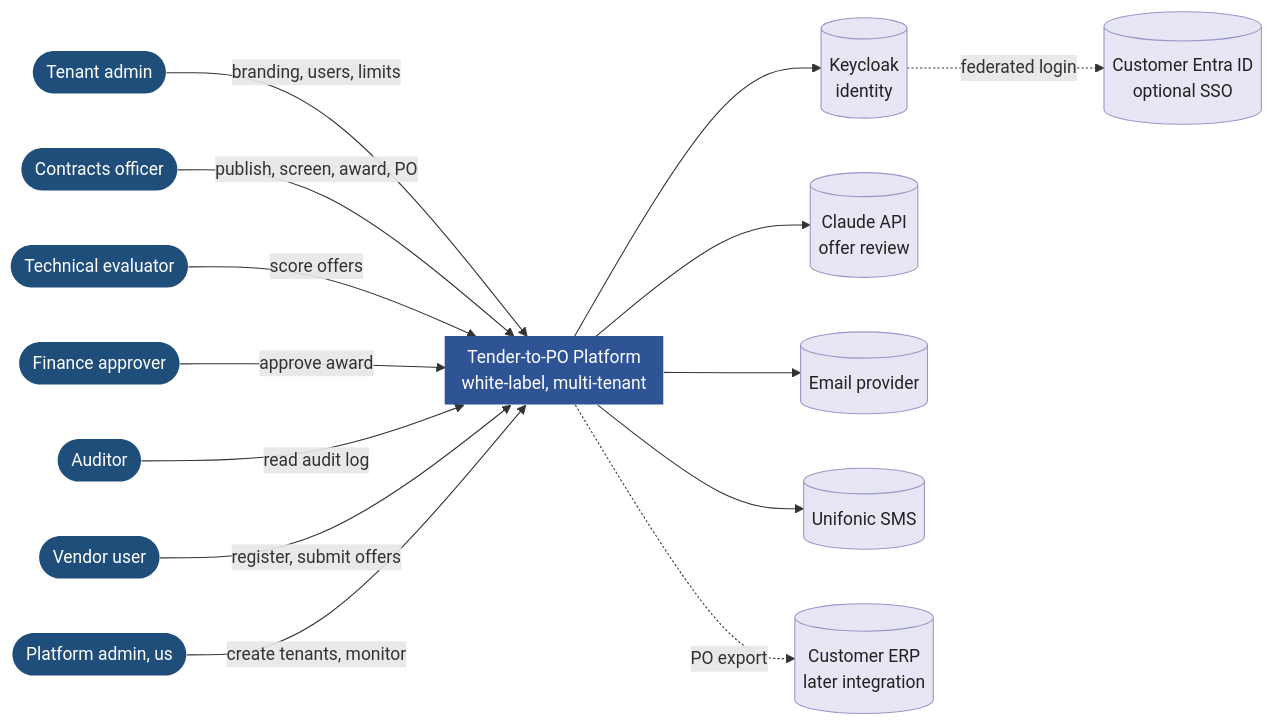
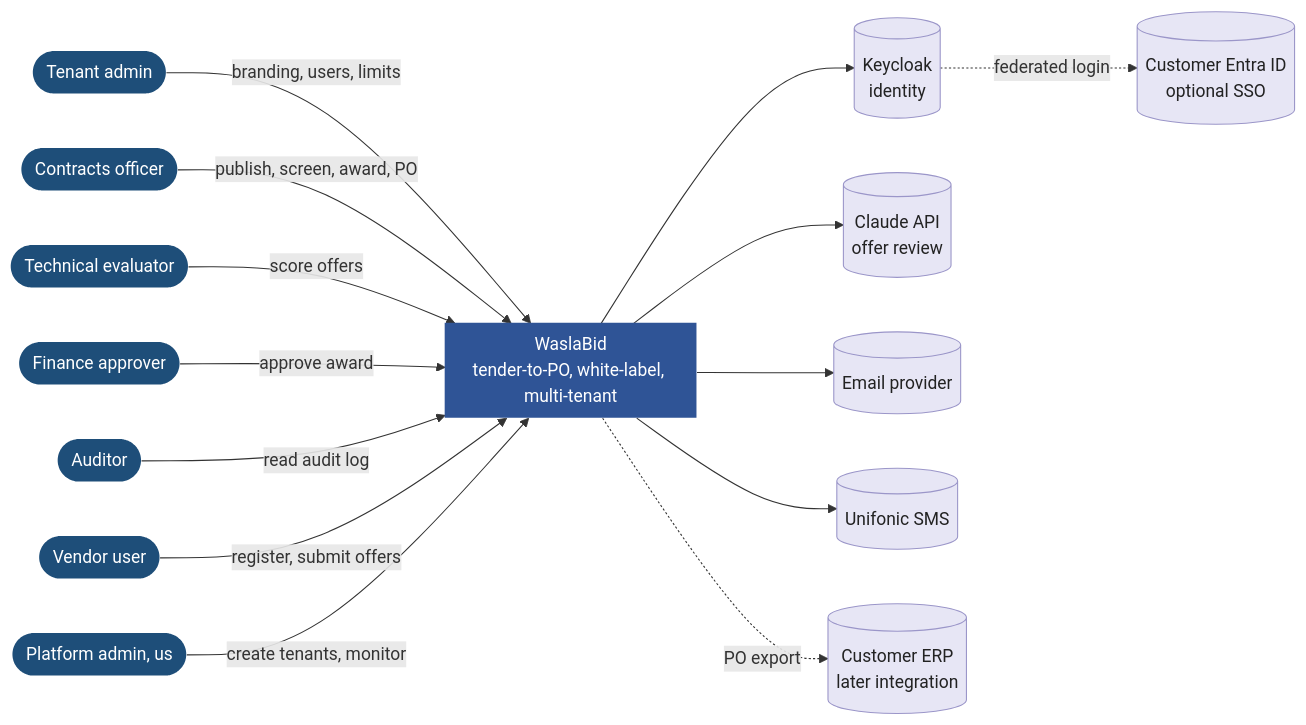
The first of 13 diagrams in docs/03-diagrams.md (AhmedAssaf/ERP), drawn with Mermaid before and after one commit. The commit also changed other lines of this file and 7 other files, not shown here.

First line of the commit message:
Name the product WaslaBid (وصلة بد)

````diff
--- a/docs/03-diagrams.md
+++ b/docs/03-diagrams.md
@@ -12,38 +12,38 @@
 ```mermaid
 flowchart LR
     classDef person fill:#1E4E79,color:#fff,stroke:none
     classDef system fill:#2F5496,color:#fff,stroke:none
     classDef ext fill:#E7E6F5,color:#222,stroke:#9B96C9
 
     TA([Tenant admin]):::person
     CO([Contracts officer]):::person
     TE([Technical evaluator]):::person
     FA([Finance approver]):::person
     AU([Auditor]):::person
     VU([Vendor user]):::person
     PA([Platform admin, us]):::person
 
-    P[["Tender-to-PO Platform<br/>white-label, multi-tenant"]]:::system
+    P[["WaslaBid<br/>tender-to-PO, white-label, multi-tenant"]]:::system
 
     KC[(Keycloak<br/>identity)]:::ext
     LLM[(Claude API<br/>offer review)]:::ext
     MAIL[(Email provider)]:::ext
     SMS[(Unifonic SMS)]:::ext
     ERP[(Customer ERP<br/>later integration)]:::ext
     IDP[(Customer Entra ID<br/>optional SSO)]:::ext
 
     TA -- branding, users, limits --> P
     CO -- publish, screen, award, PO --> P
     TE -- score offers --> P
     FA -- approve award --> P
     AU -- read audit log --> P
     VU -- register, submit offers --> P
     PA -- create tenants, monitor --> P
 
     P --> KC
     P --> LLM
     P --> MAIL
     P --> SMS
     P -. PO export .-> ERP
     KC -. federated login .-> IDP
 ```
````
